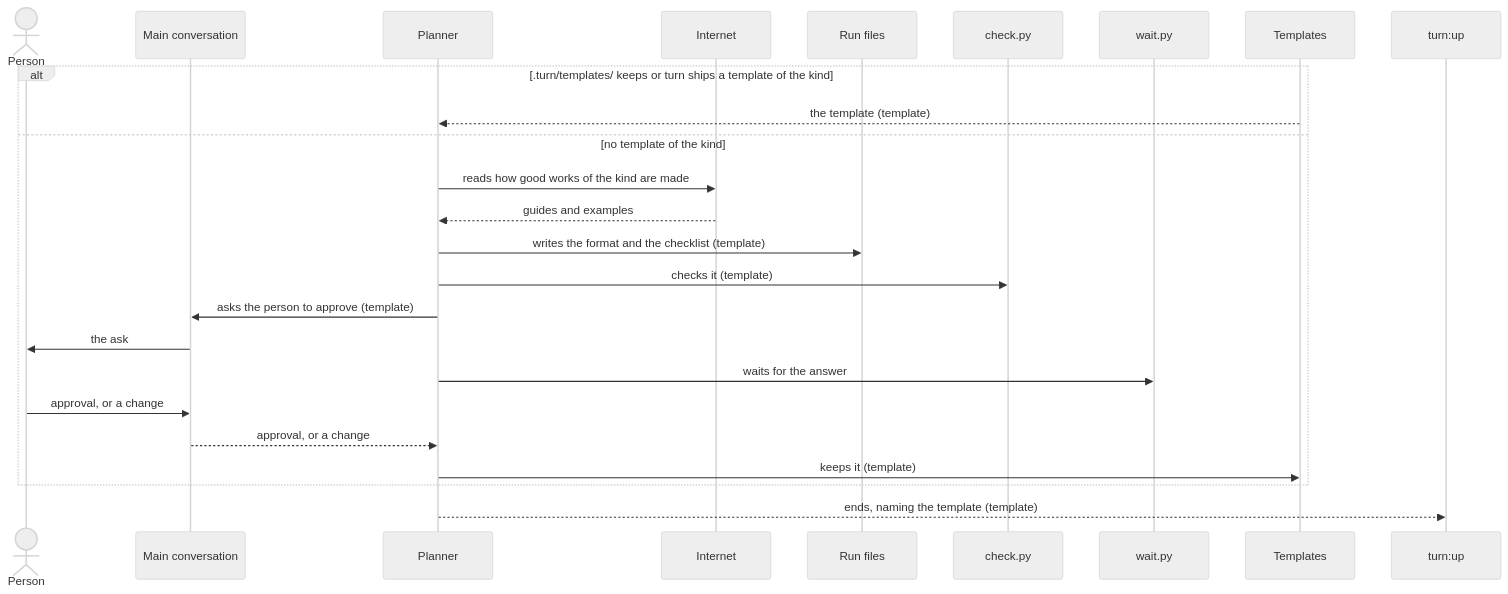
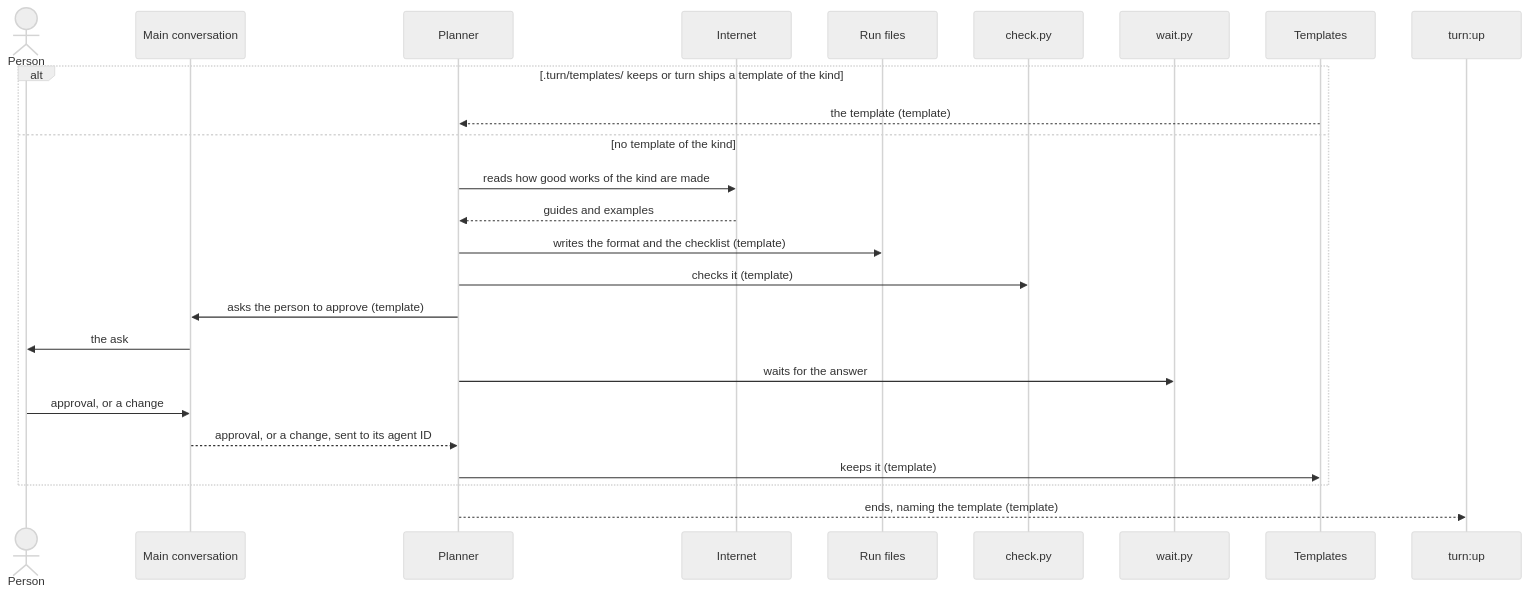
Before and after one commit to lovaizu/ccpm: the second of 6 diagrams in dev/turn/architecture.md, drawn with Mermaid (neutral theme). The commit also changed other lines of this file and 1 other file, not shown here.

````diff
--- a/dev/turn/architecture.md
+++ b/dev/turn/architecture.md
@@ -322,27 +335,27 @@
 ```mermaid
 sequenceDiagram
   actor P as Person
   participant M as Main conversation
   participant PL as Planner
   participant W as Internet
   participant R as Run files
   participant C as check.py
   participant WT as wait.py
   participant T as Templates
   participant U as turn:up
   alt .turn/templates/ keeps or turn ships a template of the kind
     T-->>PL: the template (template)
   else no template of the kind
     PL->>W: reads how good works of the kind are made
     W-->>PL: guides and examples
     PL->>R: writes the format and the checklist (template)
     PL->>C: checks it (template)
     PL->>M: asks the person to approve (template)
     M->>P: the ask
     PL->>WT: waits for the answer
     P->>M: approval, or a change
-    M-->>PL: approval, or a change
+    M-->>PL: approval, or a change, sent to its agent ID
     PL->>T: keeps it (template)
   end
   PL-->>U: ends, naming the template (template)
 ```
````
